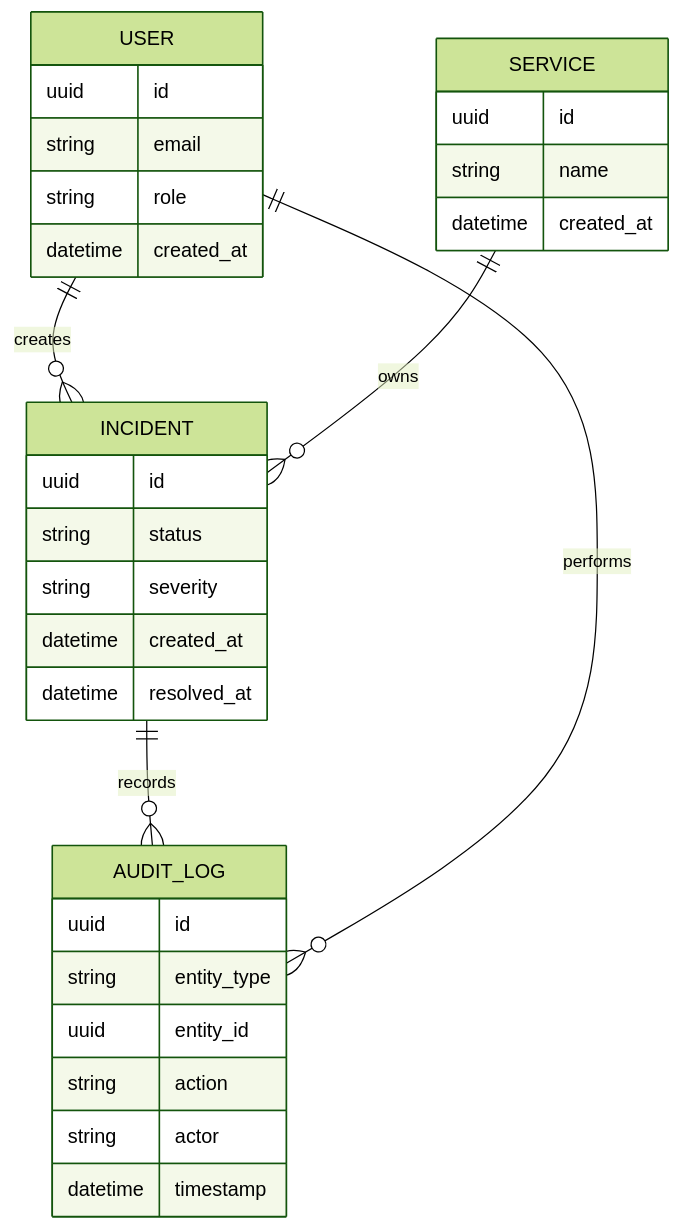
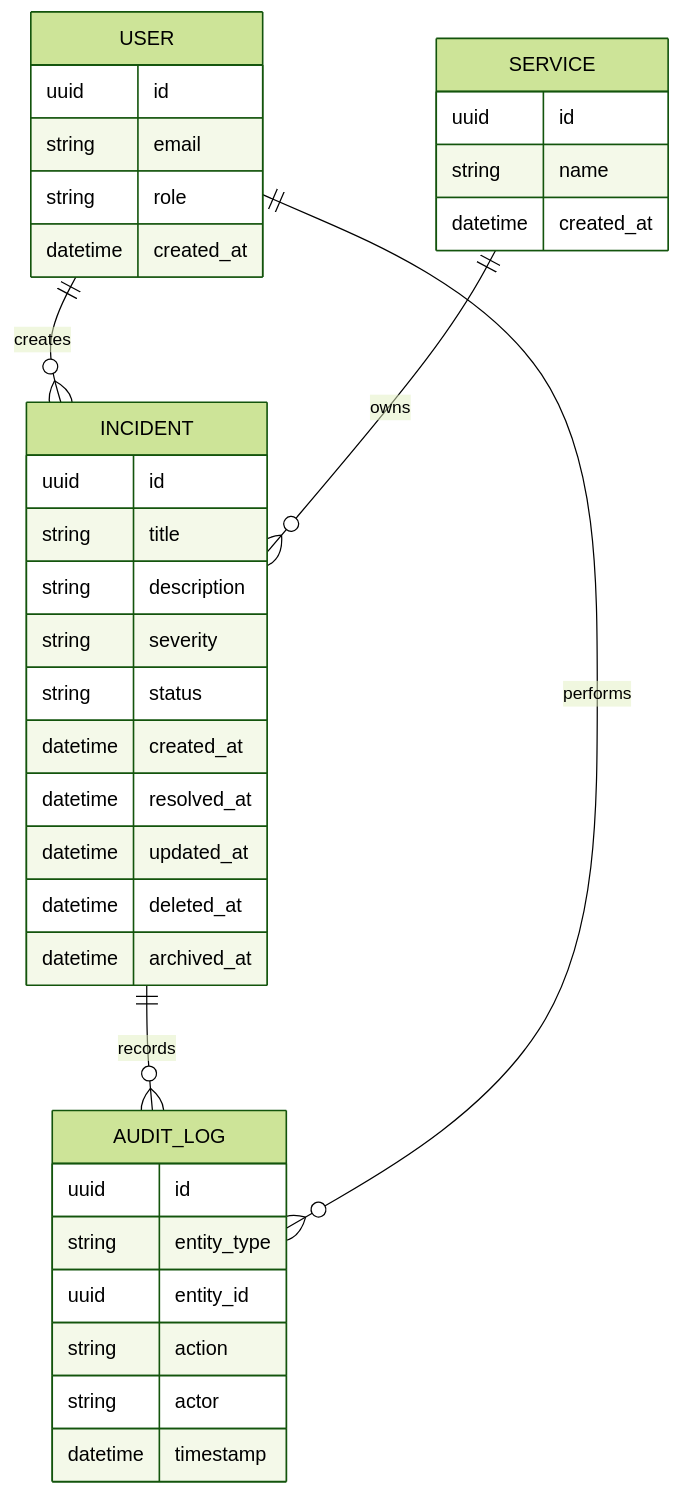
Before and after one commit to aphaiboon/SentinelStack: the diagram in docs/domain-model.md, drawn with Mermaid (forest theme). The commit also changed 1 other file, not shown here.

Commit message:
base incident entity

````diff
--- a/docs/domain-model.md
+++ b/docs/domain-model.md
@@ -6,37 +6,42 @@
 ```mermaid
 erDiagram
     USER {
         uuid id
         string email
         string role
         datetime created_at
     }
 
     SERVICE {
         uuid id
         string name
         datetime created_at
     }
 
     INCIDENT {
         uuid id
+        string title
+        string description
+        string severity
         string status
-        string severity
-        datetime created_at
+        datetime created_at        
         datetime resolved_at
+        datetime updated_at
+        datetime deleted_at
+        datetime archived_at
     }
 
     AUDIT_LOG {
         uuid id
         string entity_type
         uuid entity_id
         string action
         string actor
         datetime timestamp
     }
 
     USER ||--o{ INCIDENT : creates
     SERVICE ||--o{ INCIDENT : owns
     INCIDENT ||--o{ AUDIT_LOG : records
     USER ||--o{ AUDIT_LOG : performs
 ```
````
